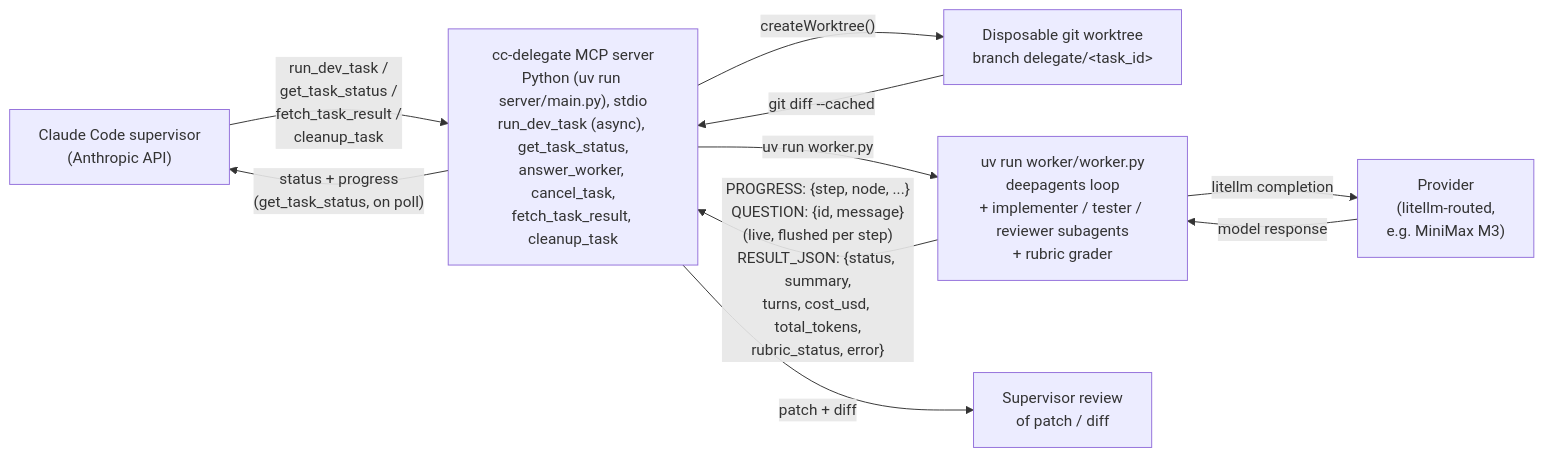
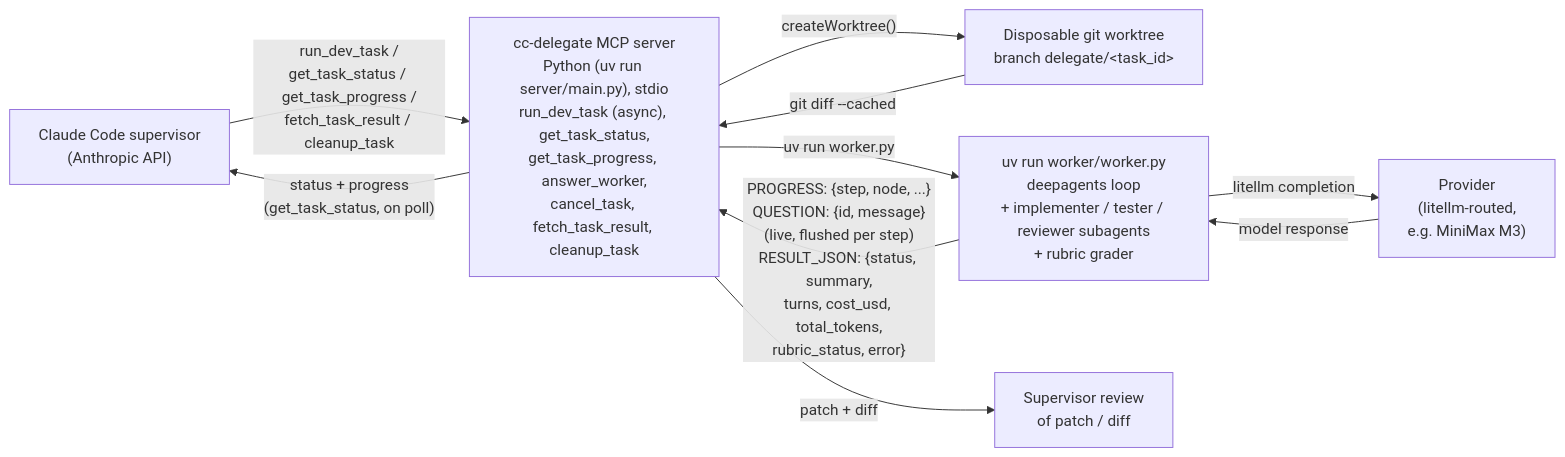
The diagram in README.md (EtienneLescot/cc-delegate), drawn with Mermaid before and after one commit. The commit also changed other lines of this file and 6 other files, not shown here.

First line of the commit message:
feat(polling): two-tier status/progress + scheduled supervision; remove watch mode (v0.8.0)

````diff
--- a/README.md
+++ b/README.md
@@ -11,19 +11,19 @@
 ```mermaid
 flowchart LR
   Supervisor["Claude Code supervisor<br/>(Anthropic API)"]
-  MCP["cc-delegate MCP server<br/>Python (uv run server/main.py), stdio<br/>run_dev_task (async), get_task_status,<br/>answer_worker, cancel_task,<br/>fetch_task_result, cleanup_task"]
+  MCP["cc-delegate MCP server<br/>Python (uv run server/main.py), stdio<br/>run_dev_task (async), get_task_status,<br/>get_task_progress, answer_worker,<br/>cancel_task, fetch_task_result, cleanup_task"]
   Worktree["Disposable git worktree<br/>branch delegate/&lt;task_id&gt;"]
   Worker["uv run worker/worker.py<br/>deepagents loop<br/>+ implementer / tester / reviewer subagents<br/>+ rubric grader"]
   Provider["Provider<br/>(litellm-routed,<br/>e.g. MiniMax M3)"]
   Review["Supervisor review<br/>of patch / diff"]
 
-  Supervisor -->|"run_dev_task /<br/>get_task_status /<br/>fetch_task_result /<br/>cleanup_task"| MCP
+  Supervisor -->|"run_dev_task /<br/>get_task_status / get_task_progress /<br/>fetch_task_result / cleanup_task"| MCP
   MCP -->|"createWorktree()"| Worktree
   MCP -->|"uv run worker.py"| Worker
   Worker -->|"litellm completion"| Provider
   Provider -->|"model response"| Worker
   Worker -->|"PROGRESS: {step, node, ...}<br/>QUESTION: {id, message}<br/>(live, flushed per step)<br/>RESULT_JSON: {status, summary,<br/>turns, cost_usd, total_tokens,<br/>rubric_status, error}"| MCP
   MCP -->|"status + progress<br/>(get_task_status, on poll)"| Supervisor
   Worktree -->|"git diff --cached"| MCP
   MCP -->|"patch + diff"| Review
 ```
````
